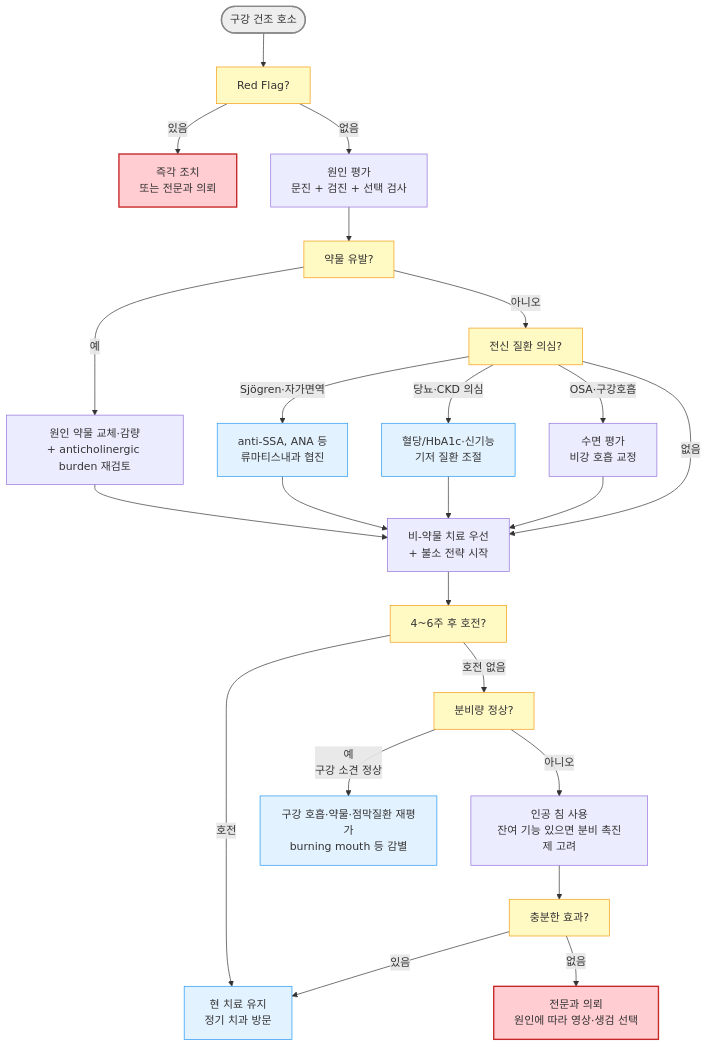
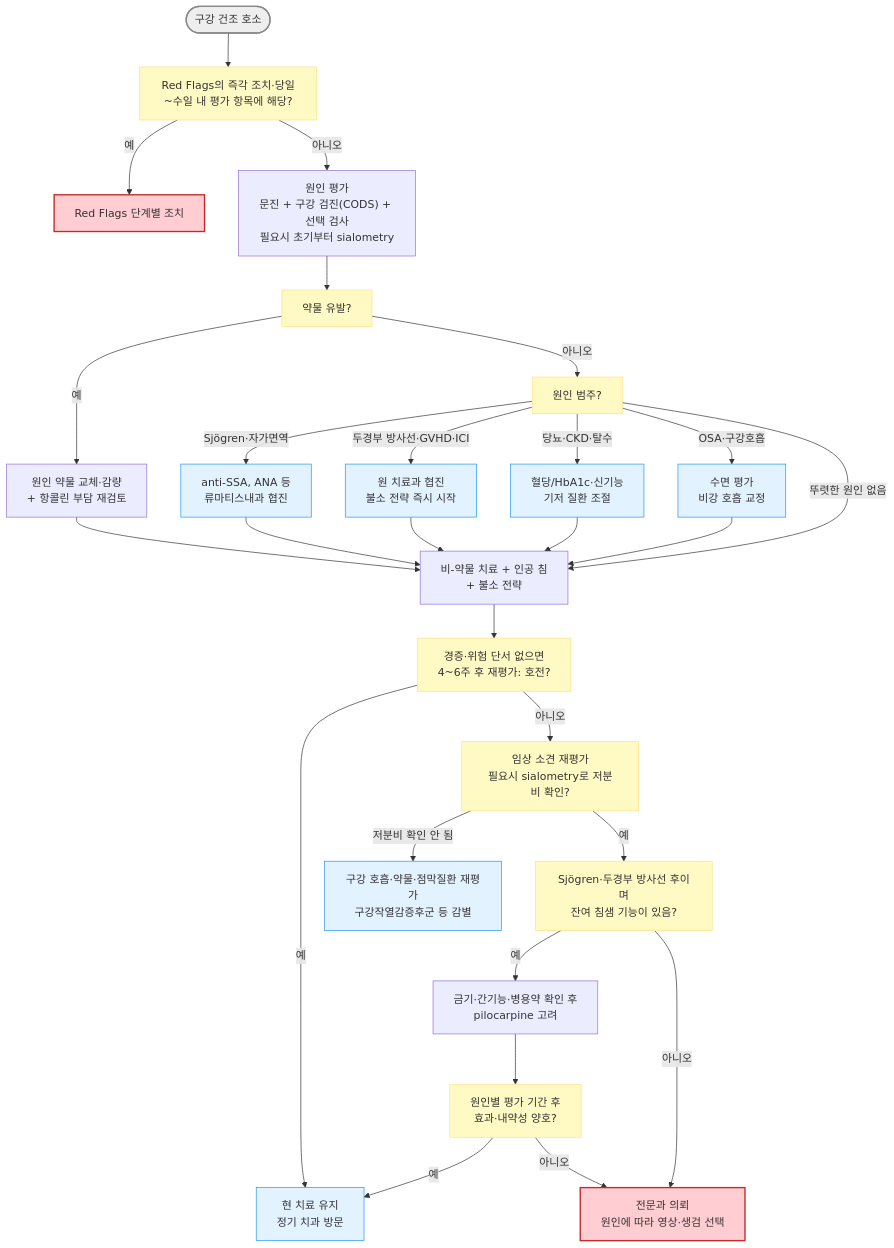
One commit to familyoh77/familyoh77 changed the diagram in 222_/056_-dry-mouth.md. Above: the diagram before and after it, drawn with Mermaid. The commit also changed other lines of this file, not shown here.

````diff
--- a/222_/056_-dry-mouth.md
+++ b/222_/056_-dry-mouth.md
@@ -152,33 +162,37 @@
 ```mermaid
 graph TD
-    A([구강 건조 호소]) --> B[Red Flag?]
-    B -- 있음 --> C[즉각 조치<br/>또는 전문과 의뢰]
-    B -- 없음 --> D[원인 평가<br/>문진 + 검진 + 선택 검사]
-    D --> E[약물 유발?]
-    E -- 예 --> F[원인 약물 교체·감량<br/>+ anticholinergic burden 재검토]
-    E -- 아니오 --> G[전신 질환 의심?]
-    G -- Sjögren·자가면역 --> H[anti-SSA, ANA 등<br/>류마티스내과 협진]
-    G -- 당뇨·CKD 의심 --> I[혈당/HbA1c·신기능<br/>기저 질환 조절]
-    G -- OSA·구강호흡 --> P[수면 평가<br/>비강 호흡 교정]
-    G -- 없음 --> J[비-약물 치료 우선<br/>+ 불소 전략 시작]
-    F --> J
+    A(["구강 건조 호소"]) --> B["Red Flags의 즉각 조치·당일~수일 내 평가 항목에 해당?"]
+    B -- 예 --> C["Red Flags 단계별 조치"]
+    B -- 아니오 --> D["원인 평가<br/>문진 + 구강 검진(CODS) + 선택 검사<br/>필요시 초기부터 sialometry"]
+    D --> E["약물 유발?"]
+    E -- 예 --> F["원인 약물 교체·감량<br/>+ 항콜린 부담 재검토"]
+    E -- 아니오 --> G["원인 범주?"]
+    G -- "Sjögren·자가면역" --> H["anti-SSA, ANA 등<br/>류마티스내과 협진"]
+    G -- "두경부 방사선·GVHD·ICI" --> S["원 치료과 협진<br/>불소 전략 즉시 시작"]
+    G -- "당뇨·CKD·탈수" --> I["혈당/HbA1c·신기능<br/>기저 질환 조절"]
+    G -- "OSA·구강호흡" --> P["수면 평가<br/>비강 호흡 교정"]
+    G -- "뚜렷한 원인 없음" --> J
+    F --> J["비-약물 치료 + 인공 침<br/>+ 불소 전략"]
     H --> J
+    S --> J
     I --> J
     P --> J
-    J --> K[4~6주 후 호전?]
-    K -- 호전 --> M[현 치료 유지<br/>정기 치과 방문]
-    K -- 호전 없음 --> Q[분비량 정상?]
-    Q -- 예<br/>구강 소견 정상 --> R[구강 호흡·약물·점막질환 재평가<br/>burning mouth 등 감별]
-    Q -- 아니오 --> L[인공 침 사용<br/>잔여 기능 있으면 분비 촉진제 고려]
-    L --> N[충분한 효과?]
-    N -- 있음 --> M
-    N -- 없음 --> O[전문과 의뢰<br/>원인에 따라 영상·생검 선택]
+    J --> K["경증·위험 단서 없으면<br/>4~6주 후 재평가: 호전?"]
+    K -- 예 --> M["현 치료 유지<br/>정기 치과 방문"]
+    K -- 아니오 --> Q["임상 소견 재평가<br/>필요시 sialometry로 저분비 확인?"]
+    Q -- "저분비 확인 안 됨" --> R["구강 호흡·약물·점막질환 재평가<br/>구강작열감증후군 등 감별"]
+    Q -- 예 --> T["Sjögren·두경부 방사선 후이며<br/>잔여 침샘 기능이 있음?"]
+    T -- 예 --> L["금기·간기능·병용약 확인 후<br/>pilocarpine 고려"]
+    T -- 아니오 --> O
+    L --> N["원인별 평가 기간 후<br/>효과·내약성 양호?"]
+    N -- 예 --> M
+    N -- 아니오 --> O["전문과 의뢰<br/>원인에 따라 영상·생검 선택"]
 
     style A fill:#eeeeee,stroke:#888888,stroke-width:2px
-    classDef yellow fill:#fff9c4,stroke:#f39c12
-    class B,E,G,K,Q,N yellow
+    classDef yellow fill:#fff9c4,stroke:#ffe082
+    class B,E,G,K,Q,T,N yellow
     classDef sky fill:#e3f2ff,stroke:#2196f3
-    class H,I,R,M sky
+    class H,S,I,P,R,M sky
     style C fill:#ffcdd2,stroke:#c62828,stroke-width:2px
     style O fill:#ffcdd2,stroke:#c62828,stroke-width:2px
 ```
````
